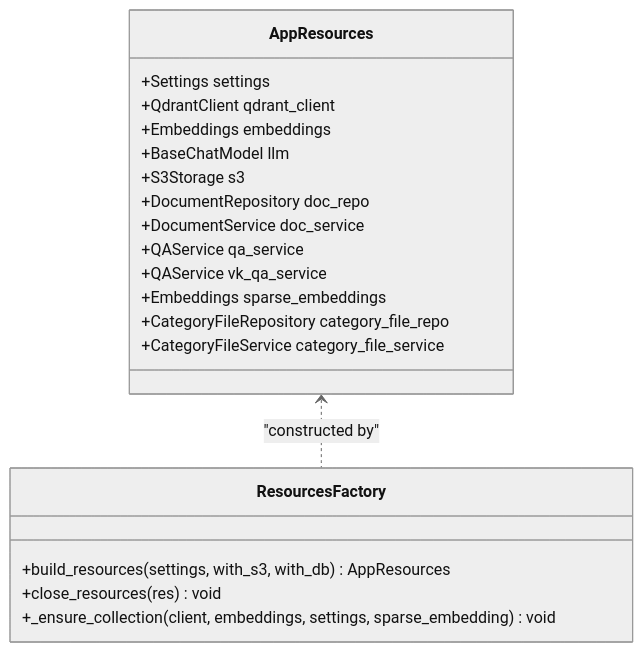
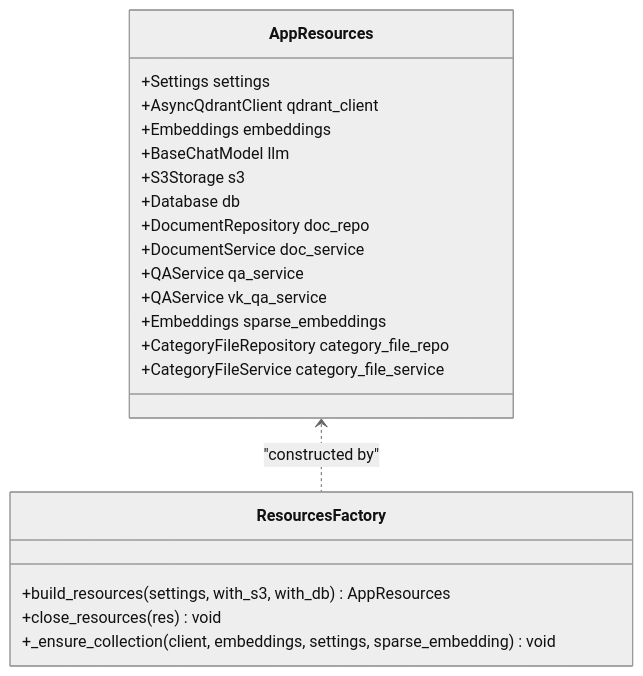
Before and after one commit to ognelis/cafetera_hr_bot: the third of 7 diagrams in .qoder/repowiki/en/content/API Reference/Resource Management System.md, drawn with Mermaid (neutral theme). The commit also changed other lines of this file and 13 other files, not shown here.

````diff
--- a/.qoder/repowiki/en/content/API Reference/Resource Management System.md
+++ b/.qoder/repowiki/en/content/API Reference/Resource Management System.md
@@ -212,23 +224,24 @@
 ```mermaid
 classDiagram
 class AppResources {
 +Settings settings
-+QdrantClient qdrant_client
++AsyncQdrantClient qdrant_client
 +Embeddings embeddings
 +BaseChatModel llm
 +S3Storage s3
++Database db
 +DocumentRepository doc_repo
 +DocumentService doc_service
 +QAService qa_service
 +QAService vk_qa_service
 +Embeddings sparse_embeddings
 +CategoryFileRepository category_file_repo
 +CategoryFileService category_file_service
 }
 class ResourcesFactory {
 +build_resources(settings, with_s3, with_db) AppResources
 +close_resources(res) void
 +_ensure_collection(client, embeddings, settings, sparse_embedding) void
 }
 AppResources <.. ResourcesFactory : "constructed by"
 ```
````
